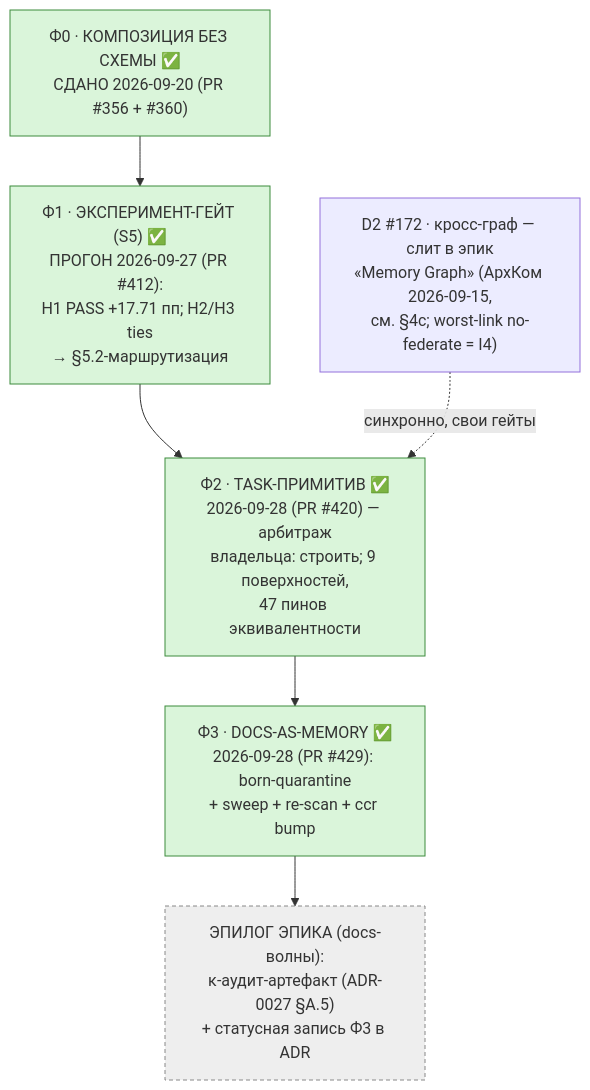
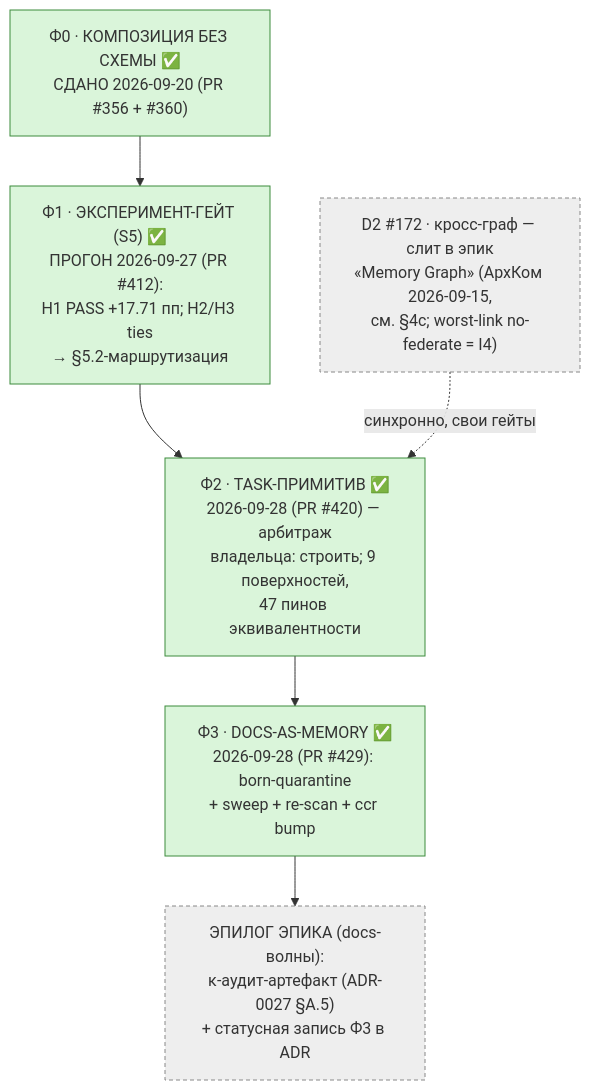
One commit to vesmaro/vesma changed the third of 5 diagrams in docs/project/dev-plan.md. Above: the diagram before and after it, drawn with Mermaid. The commit also changed other lines of this file, not shown here.

````diff
--- a/docs/project/dev-plan.md
+++ b/docs/project/dev-plan.md
@@ -464,15 +467,16 @@
 ```mermaid
 flowchart TD
     F0["Ф0 · КОМПОЗИЦИЯ БЕЗ СХЕМЫ ✅<br/>СДАНО 2026-09-20 (PR #356 + #360)"]
     F1["Ф1 · ЭКСПЕРИМЕНТ-ГЕЙТ (S5) ✅<br/>ПРОГОН 2026-09-27 (PR #412):<br/>H1 PASS +17.71 пп; H2/H3 ties<br/>→ §5.2-маршрутизация"]
     F2["Ф2 · TASK-ПРИМИТИВ ✅<br/>2026-09-28 (PR #420) — арбитраж<br/>владельца: строить; 9 поверхностей,<br/>47 пинов эквивалентности"]
     F3["Ф3 · DOCS-AS-MEMORY ✅<br/>2026-09-28 (PR #429): born-quarantine<br/>+ sweep + re-scan + ccr bump"]
     D2["D2 #172 · кросс-граф — слит в эпик<br/>«Memory Graph» (АрхКом 2026-09-15,<br/>см. §4c; worst-link no-federate = I4)"]
     EPIL["ЭПИЛОГ ЭПИКА (docs-волны):<br/>κ-аудит-артефакт (ADR-0027 §A.5)<br/>+ статусная запись Ф3 в ADR"]
     F0 --> F1 --> F2 --> F3 --> EPIL
     D2 -. синхронно, свои гейты .-> F2
     classDef done fill:#daf5da,stroke:#3d8b3d
     classDef side fill:#eeeeee,stroke:#888888,stroke-dasharray: 4 3
     class F0,F1,F2,F3 done
+    class D2 side
     class EPIL side
 ```
````
